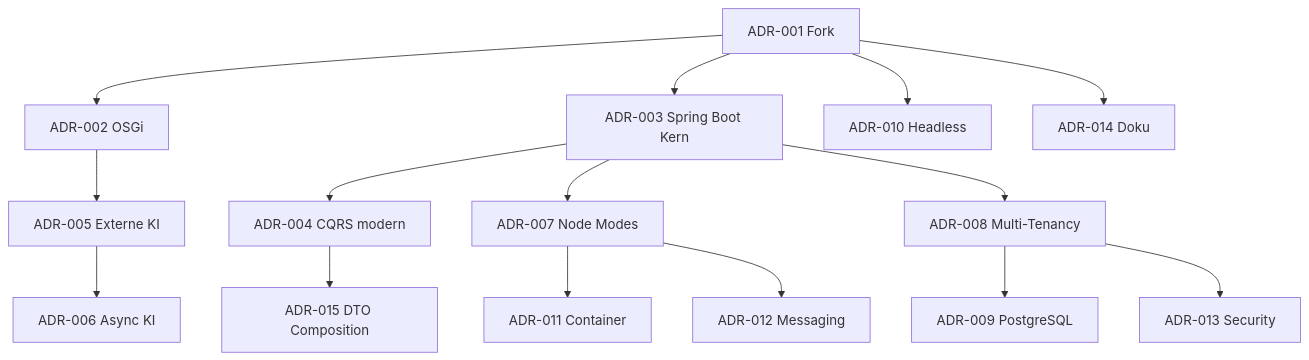
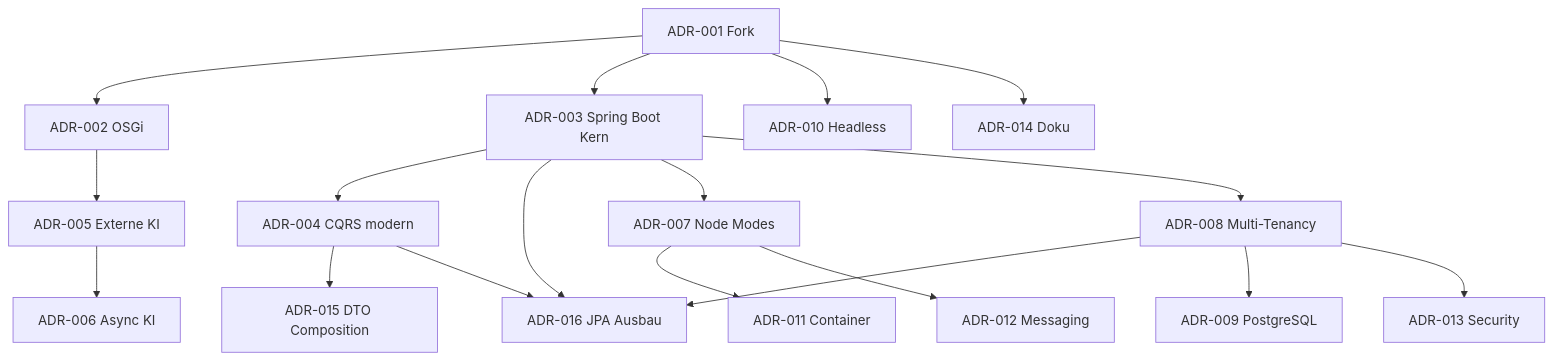
The diagram in docs/arc42/08_design_decisions.md (RainerMaxWallscheid/fineract-osgi), drawn with Mermaid before and after one commit. The commit also changed other lines of this file and 5 other files, not shown here.

First line of the commit message:
docs(arc42): add ADR-016 JPA expansion and read/write persistence

````diff
--- a/docs/arc42/08_design_decisions.md
+++ b/docs/arc42/08_design_decisions.md
@@ -42,17 +43,20 @@
 ```mermaid
 flowchart TB
     ADR001[ADR-001 Fork] --> ADR002[ADR-002 OSGi]
     ADR001 --> ADR003[ADR-003 Spring Boot Kern]
     ADR003 --> ADR004[ADR-004 CQRS modern]
     ADR004 --> ADR015[ADR-015 DTO Composition]
+    ADR003 --> ADR016[ADR-016 JPA Ausbau]
+    ADR004 --> ADR016
+    ADR008 --> ADR016
     ADR002 --> ADR005[ADR-005 Externe KI]
     ADR005 --> ADR006[ADR-006 Async KI]
     ADR003 --> ADR007[ADR-007 Node Modes]
     ADR003 --> ADR008[ADR-008 Multi-Tenancy]
     ADR008 --> ADR009[ADR-009 PostgreSQL]
     ADR001 --> ADR010[ADR-010 Headless]
     ADR007 --> ADR011[ADR-011 Container]
     ADR007 --> ADR012[ADR-012 Messaging]
     ADR008 --> ADR013[ADR-013 Security]
     ADR001 --> ADR014[ADR-014 Doku]
 ```
````
